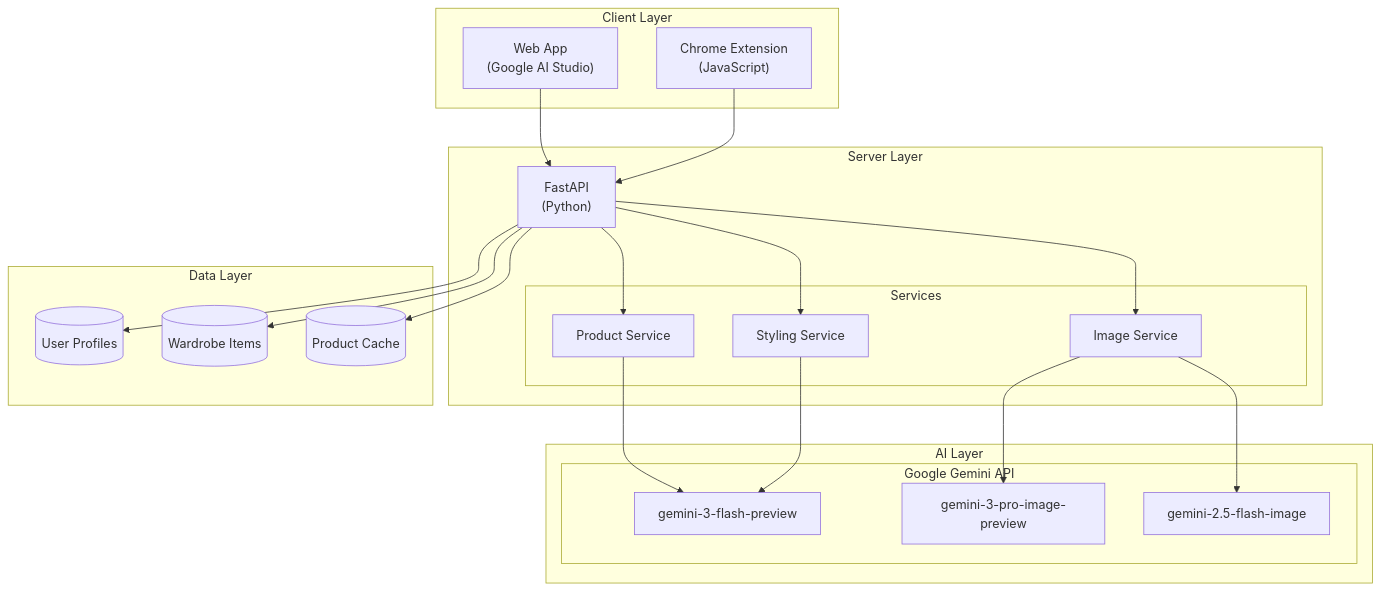
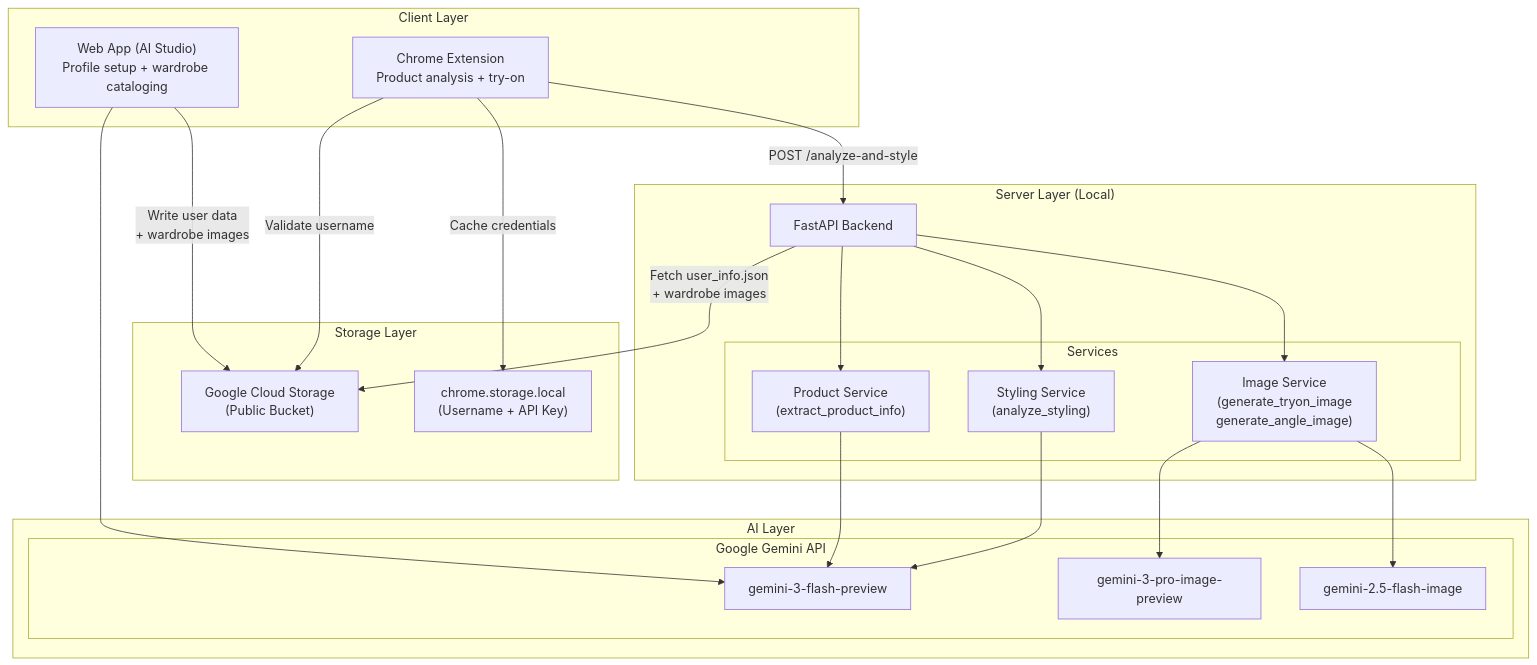
The fifth of 5 diagrams in architecture.md (arsentievalex/spare-room-gemini3), drawn with Mermaid before and after one commit. The commit also changed other lines of this file and 12 other files, not shown here.

First line of the commit message:
Switch to GCS-based user data, per-request API keys, and extension setup flow

````diff
--- a/architecture.md
+++ b/architecture.md
@@ -188,46 +269,47 @@
 ```mermaid
 graph TB
     subgraph Client["Client Layer"]
-        WA["Web App<br/>(Google AI Studio)"]
-        CE["Chrome Extension<br/>(JavaScript)"]
+        WA["Web App (AI Studio)<br/>Profile setup + wardrobe cataloging"]
+        CE["Chrome Extension<br/>Product analysis + try-on"]
     end
 
-    subgraph Server["Server Layer"]
-        FA["FastAPI<br/>(Python)"]
+    subgraph Storage["Storage Layer"]
+        GCS["Google Cloud Storage<br/>(Public Bucket)"]
+        CS["chrome.storage.local<br/>(Username + API Key)"]
+    end
+
+    subgraph Server["Server Layer (Local)"]
+        FA["FastAPI Backend"]
         subgraph Services["Services"]
-            PS[Product Service]
-            SS[Styling Service]
-            IS[Image Service]
+            PS["Product Service<br/>(extract_product_info)"]
+            SS["Styling Service<br/>(analyze_styling)"]
+            IS["Image Service<br/>(generate_tryon_image<br/>generate_angle_image)"]
         end
     end
 
     subgraph AI["AI Layer"]
         subgraph Gemini["Google Gemini API"]
             G3F["gemini-3-flash-preview"]
             G3P["gemini-3-pro-image-preview"]
             G25["gemini-2.5-flash-image"]
         end
     end
 
-    subgraph Data["Data Layer"]
-        UP[(User Profiles)]
-        WD[(Wardrobe Items)]
-        PC[(Product Cache)]
-    end
+    WA -->|"Write user data<br/>+ wardrobe images"| GCS
+    WA --> G3F
 
-    WA --> FA
-    CE --> FA
+    CE -->|"Cache credentials"| CS
+    CE -->|"Validate username"| GCS
+    CE -->|"POST /analyze-and-style"| FA
+
+    FA -->|"Fetch user_info.json<br/>+ wardrobe images"| GCS
 
     FA --> PS
     FA --> SS
     FA --> IS
 
     PS --> G3F
     SS --> G3F
     IS --> G3P
     IS --> G25
-
-    FA --> UP
-    FA --> WD
-    FA --> PC
 ```
````
